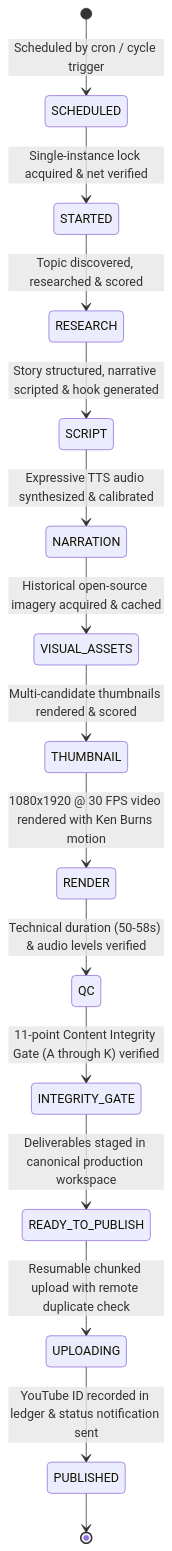
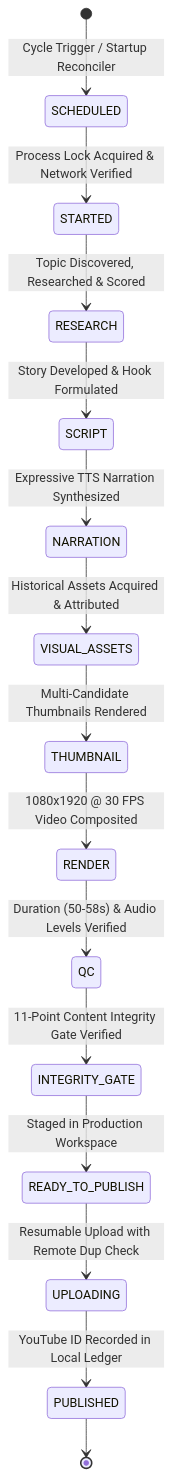
Before and after one commit to Aabhiraj412/ShortAI: the diagram in docs/PHASE_5_STAGE_3_18_FINAL_AUDIT.md, drawn with Mermaid. The commit also changed other lines of this file and 14 other files, not shown here.

````diff
--- a/docs/PHASE_5_STAGE_3_18_FINAL_AUDIT.md
+++ b/docs/PHASE_5_STAGE_3_18_FINAL_AUDIT.md
@@ -28,17 +37,17 @@
 ```mermaid
 stateDiagram-v2
-    [*] --> SCHEDULED: Scheduled by cron / cycle trigger
-    SCHEDULED --> STARTED: Single-instance lock acquired & net verified
-    STARTED --> RESEARCH: Topic discovered, researched & scored
-    RESEARCH --> SCRIPT: Story structured, narrative scripted & hook generated
-    SCRIPT --> NARRATION: Expressive TTS audio synthesized & calibrated
-    NARRATION --> VISUAL_ASSETS: Historical open-source imagery acquired & cached
-    VISUAL_ASSETS --> THUMBNAIL: Multi-candidate thumbnails rendered & scored
-    THUMBNAIL --> RENDER: 1080x1920 @ 30 FPS video rendered with Ken Burns motion
-    RENDER --> QC: Technical duration (50-58s) & audio levels verified
-    QC --> INTEGRITY_GATE: 11-point Content Integrity Gate (A through K) verified
-    INTEGRITY_GATE --> READY_TO_PUBLISH: Deliverables staged in canonical production workspace
-    READY_TO_PUBLISH --> UPLOADING: Resumable chunked upload with remote duplicate check
-    UPLOADING --> PUBLISHED: YouTube ID recorded in ledger & status notification sent
+    [*] --> SCHEDULED: Cycle Trigger / Startup Reconciler
+    SCHEDULED --> STARTED: Process Lock Acquired & Network Verified
+    STARTED --> RESEARCH: Topic Discovered, Researched & Scored
+    RESEARCH --> SCRIPT: Story Developed & Hook Formulated
+    SCRIPT --> NARRATION: Expressive TTS Narration Synthesized
+    NARRATION --> VISUAL_ASSETS: Historical Assets Acquired & Attributed
+    VISUAL_ASSETS --> THUMBNAIL: Multi-Candidate Thumbnails Rendered
+    THUMBNAIL --> RENDER: 1080x1920 @ 30 FPS Video Composited
+    RENDER --> QC: Duration (50-58s) & Audio Levels Verified
+    QC --> INTEGRITY_GATE: 11-Point Content Integrity Gate Verified
+    INTEGRITY_GATE --> READY_TO_PUBLISH: Staged in Production Workspace
+    READY_TO_PUBLISH --> UPLOADING: Resumable Upload with Remote Dup Check
+    UPLOADING --> PUBLISHED: YouTube ID Recorded in Local Ledger
     PUBLISHED --> [*]
 ```
````
